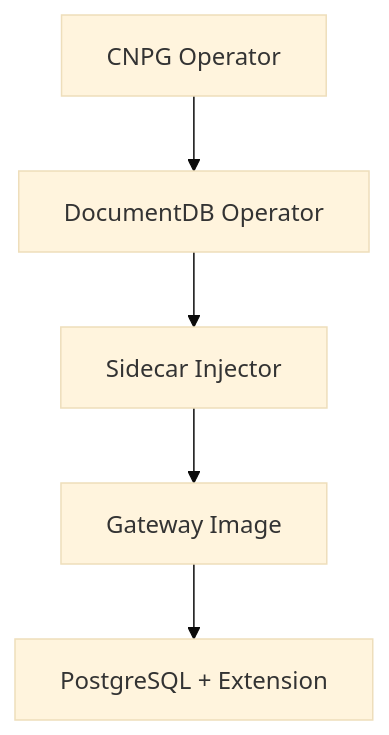
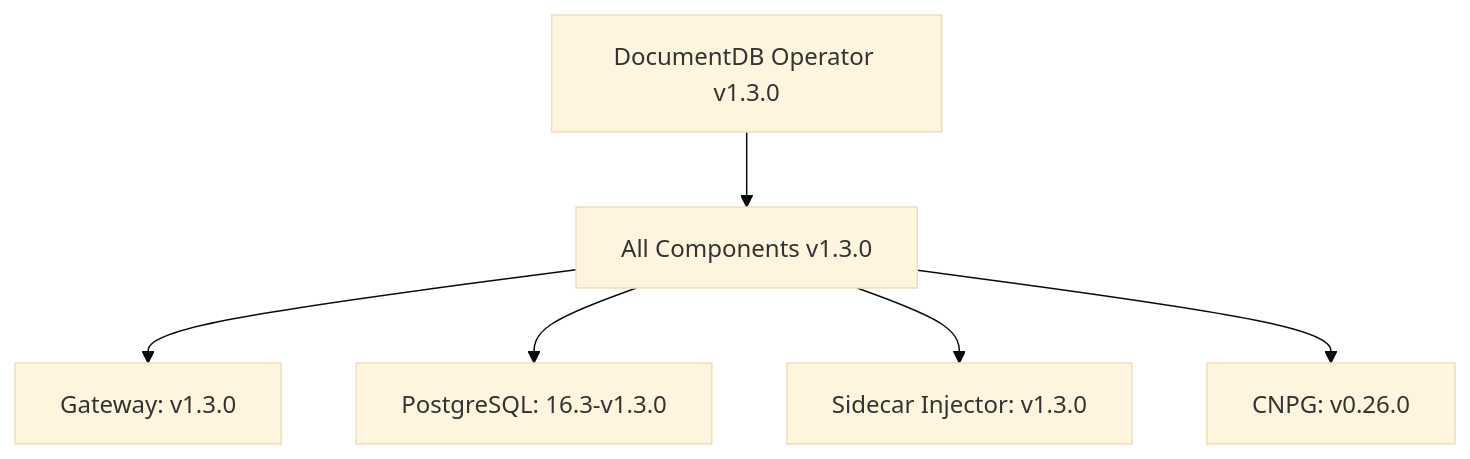
The diagram in docs/designs/upgrade-design/upgrade-design-doc.md (microsoft/documentdb-kubernetes-operator), drawn with Mermaid (base theme) before and after one commit. The commit also changed other lines of this file, not shown here.

Commit message:
Introduce unified versioning model for all components

````diff
--- a/docs/designs/upgrade-design/upgrade-design-doc.md
+++ b/docs/designs/upgrade-design/upgrade-design-doc.md
@@ -1368,7 +1916,8 @@
 ```mermaid
 graph TD
-    A[CNPG Operator] --> B[DocumentDB Operator]
-    B --> C[Sidecar Injector]
-    C --> D[Gateway Image]
-    D --> E[PostgreSQL + Extension]
+    A[DocumentDB Operator v1.3.0] --> B[All Components v1.3.0]
+    B --> C[Gateway: v1.3.0]
+    B --> D[PostgreSQL: 16.3-v1.3.0] 
+    B --> E[Sidecar Injector: v1.3.0]
+    B --> F[CNPG: v0.26.0]
 ```
````
